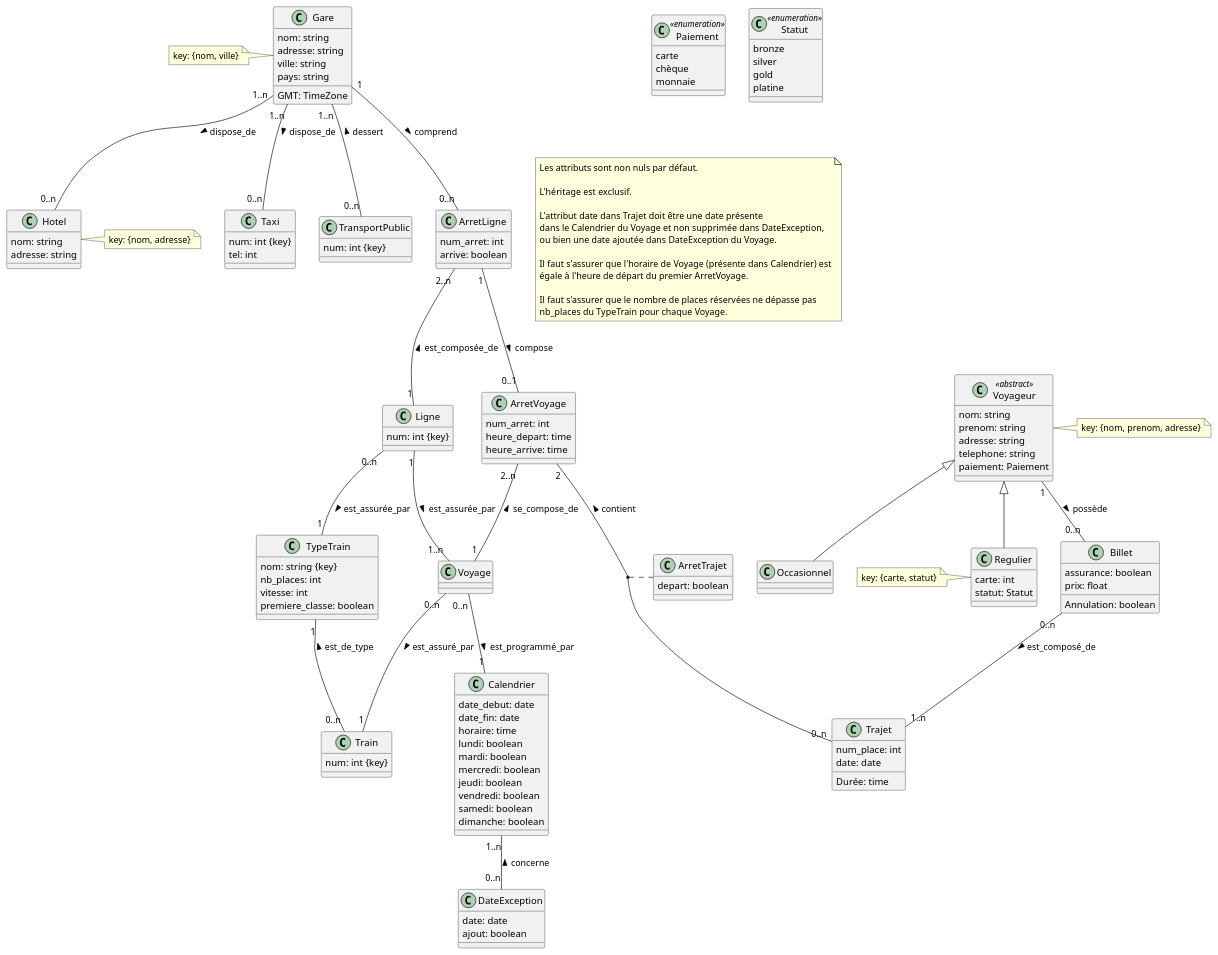
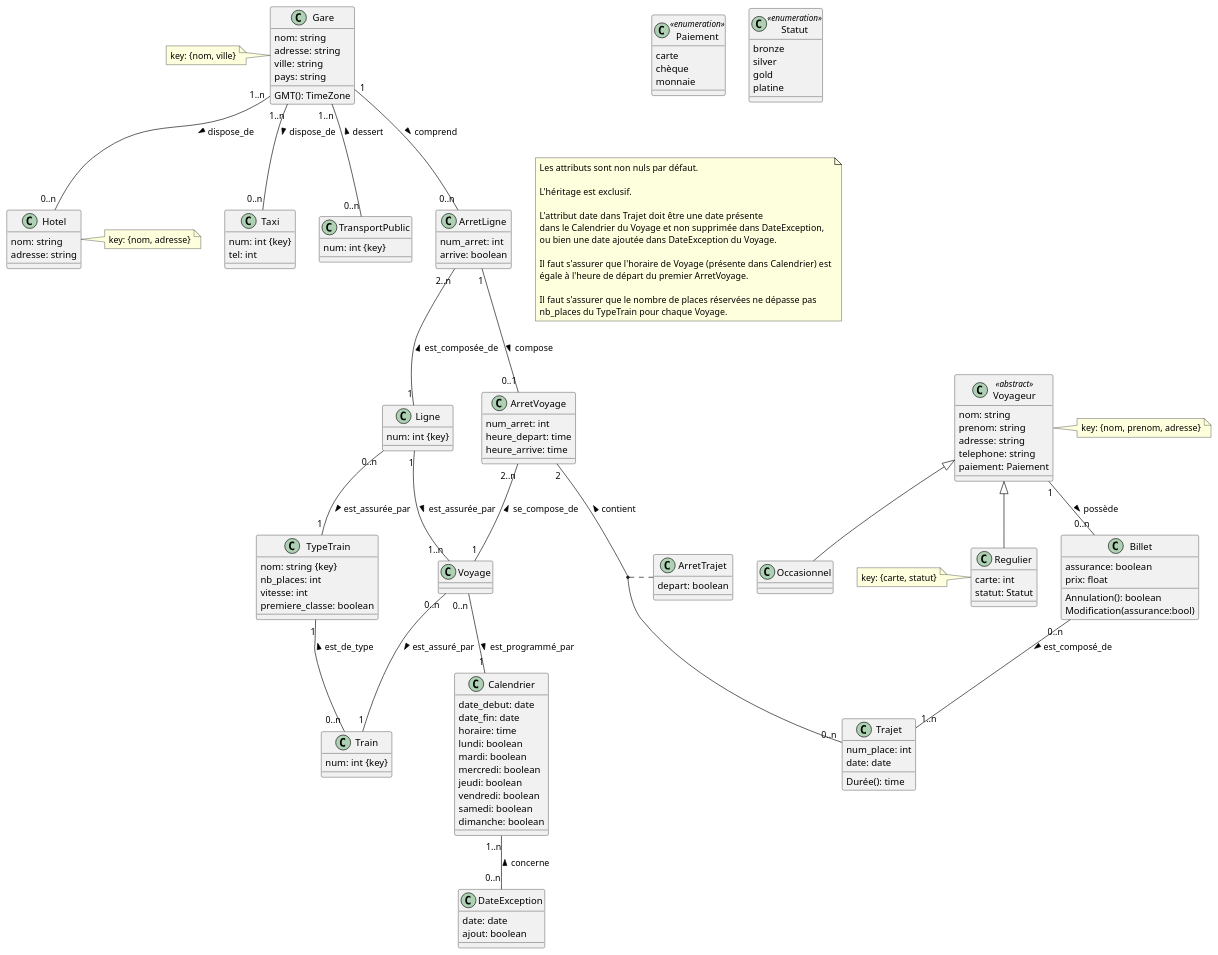
The diagram in rendu1/UML_V4.plantuml (MiguelLaura/take_the_A_train), drawn with PlantUML before and after one commit.

```diff
--- a/rendu1/UML_V4.plantuml
+++ b/rendu1/UML_V4.plantuml
@@ -1,160 +1,161 @@
 @startuml
 
 class Gare {
   nom: string
   adresse: string
   ville: string
   pays: string
   __
-  GMT: TimeZone
+  GMT(): TimeZone
 }
 
 class Gare
 note left: key: {nom, ville}
 
 class Hotel {
   nom: string
   adresse: string
 }
 
 class Hotel
 note right: key: {nom, adresse}
 
 class Taxi {
   num: int {key}
   tel: int
 }
 
 class TransportPublic {
   num: int {key}
 }
 
 class Train {
   num: int {key}
 }
 
 class TypeTrain {
   nom: string {key}
   nb_places: int
   vitesse: int
   premiere_classe: boolean
 }
 
 class ArretLigne {
   num_arret: int
   arrive: boolean
 }
 
 class ArretVoyage {
   num_arret: int
   heure_depart: time
   heure_arrive: time
 }
 
 class ArretTrajet {
   depart: boolean
 }
 
 class Ligne {
   num: int {key}
 }
 
 class Voyage {
 }
 
 class Calendrier {
   date_debut: date
   date_fin: date
   horaire: time
   lundi: boolean
   mardi: boolean
   mercredi: boolean
   jeudi: boolean
   vendredi: boolean
   samedi: boolean
   dimanche: boolean
 }
 
 class DateException {
   date: date
   ajout: boolean
 }
 
 class Voyageur <<abstract>> {
   nom: string
   prenom: string
   adresse: string
   telephone: string
   paiement: Paiement
 }
 
 class Voyageur
 note right: key: {nom, prenom, adresse}
 
 class Occasionnel {
 }
 
 class Regulier {
   carte: int
   statut: Statut
 }
 
 class Regulier
 note left: key: {carte, statut}
 
 class Billet {
   assurance: boolean
   prix: float
   __
-  Annulation: boolean
+  Annulation(): boolean
+  Modification(assurance:bool)
 }
 
 class Trajet {
   num_place: int
   date: date
   __
-  Durée: time
+  Durée(): time
 }
 
 class Paiement << enumeration >> {
   carte
   chèque
   monnaie
 }
 
 class Statut << enumeration >> {
   bronze
   silver
   gold
   platine
 }
 
 
 Voyageur <|-- Occasionnel
 Voyageur <|-- Regulier
 
 Gare "1..n" -- "0..n" Hotel: dispose_de >
 Gare "1..n" -- "0..n" Taxi: dispose_de >
 Gare "1..n" -- "0..n" TransportPublic: dessert <
 
 Gare "1" -- "0..n" ArretLigne: comprend >
 ArretLigne "2..n" -- "1" Ligne: est_composée_de <
 ArretLigne "1" -- "0..1" ArretVoyage: compose >
 ArretVoyage "2..n" -- "1" Voyage: se_compose_de <
 ArretVoyage "2" -- "0..n" Trajet: contient <
 (ArretVoyage, Trajet) .. ArretTrajet
 Ligne "1" -- "1..n" Voyage: est_assurée_par >
 
 Ligne "0..n" -- "1" TypeTrain: est_assurée_par >
 TypeTrain "1" -- "0..n" Train: est_de_type <
 Voyage "0..n" -- "1" Train: est_assuré_par >
 Voyage "0..n" -- "1" Calendrier: est_programmé_par >
 Calendrier "1..n" -- "0..n" DateException: concerne <
 
 
 Billet "0..n" -- "1..n" Trajet: est_composé_de >
 Voyageur "1" -- "0..n" Billet: possède >
 
 note "Les attributs sont non nuls par défaut.\n\nL'héritage est exclusif.\n\nL'attribut date dans Trajet doit être une date présente\ndans le Calendrier du Voyage et non supprimée dans DateException,\nou bien une date ajoutée dans DateException du Voyage.\n\nIl faut s'assurer que l'horaire de Voyage (présente dans Calendrier) est\négale à l'heure de départ du premier ArretVoyage.\n\nIl faut s'assurer que le nombre de places réservées ne dépasse pas\nnb_places du TypeTrain pour chaque Voyage." as N1
 
 @enduml
```
